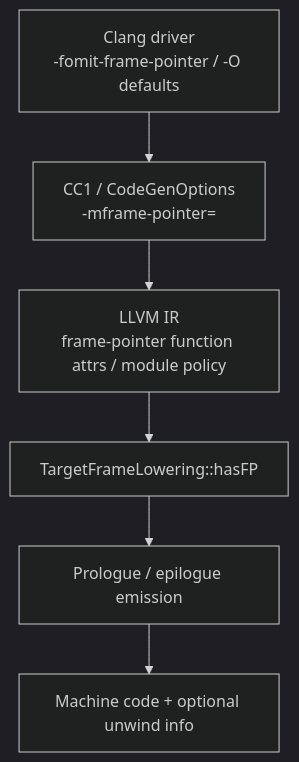
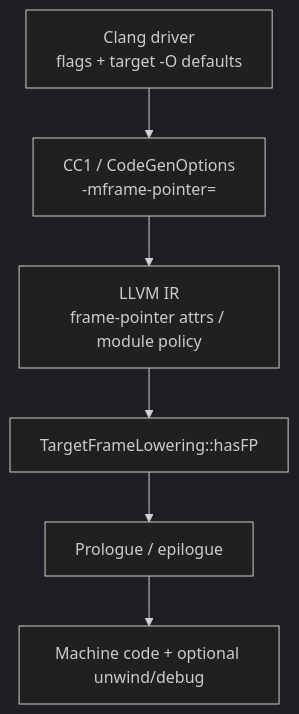
The diagram in src/pages/tools/clang-flags/flags/flag-2d666f6d69742d6672616d652d706f696e746572.mdx (compilersutra/FixIt_Compilersutra), drawn with Mermaid (dark theme) before and after one commit. The commit also changed other lines of this file and 2 other files, not shown here.

First line of the commit message:
docs(clang-flags): deepen -fomit-frame-pointer history and teaching

````diff
--- a/src/pages/tools/clang-flags/flags/flag-2d666f6d69742d6672616d652d706f696e746572.mdx
+++ b/src/pages/tools/clang-flags/flags/flag-2d666f6d69742d6672616d652d706f696e746572.mdx
@@ -332,8 +326,8 @@
 ```mermaid
 flowchart TD
-  A["Clang driver<br/>-fomit-frame-pointer / -O defaults"] --> B["CC1 / CodeGenOptions<br/>-mframe-pointer="]
-  B --> C["LLVM IR<br/>frame-pointer function attrs / module policy"]
+  A["Clang driver<br/>flags + target -O defaults"] --> B["CC1 / CodeGenOptions<br/>-mframe-pointer="]
+  B --> C["LLVM IR<br/>frame-pointer attrs / module policy"]
   C --> D["TargetFrameLowering::hasFP"]
-  D --> E["Prologue / epilogue emission"]
-  E --> F["Machine code + optional unwind info"]
+  D --> E["Prologue / epilogue"]
+  E --> F["Machine code + optional unwind/debug"]
 ```
````
